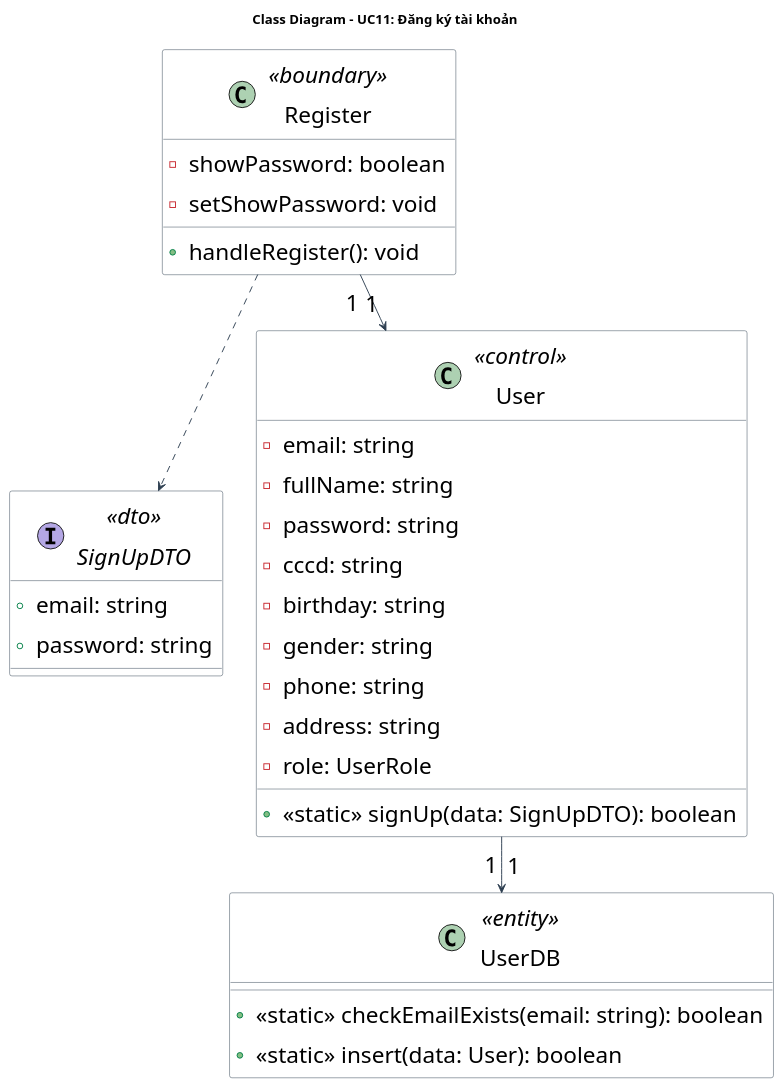
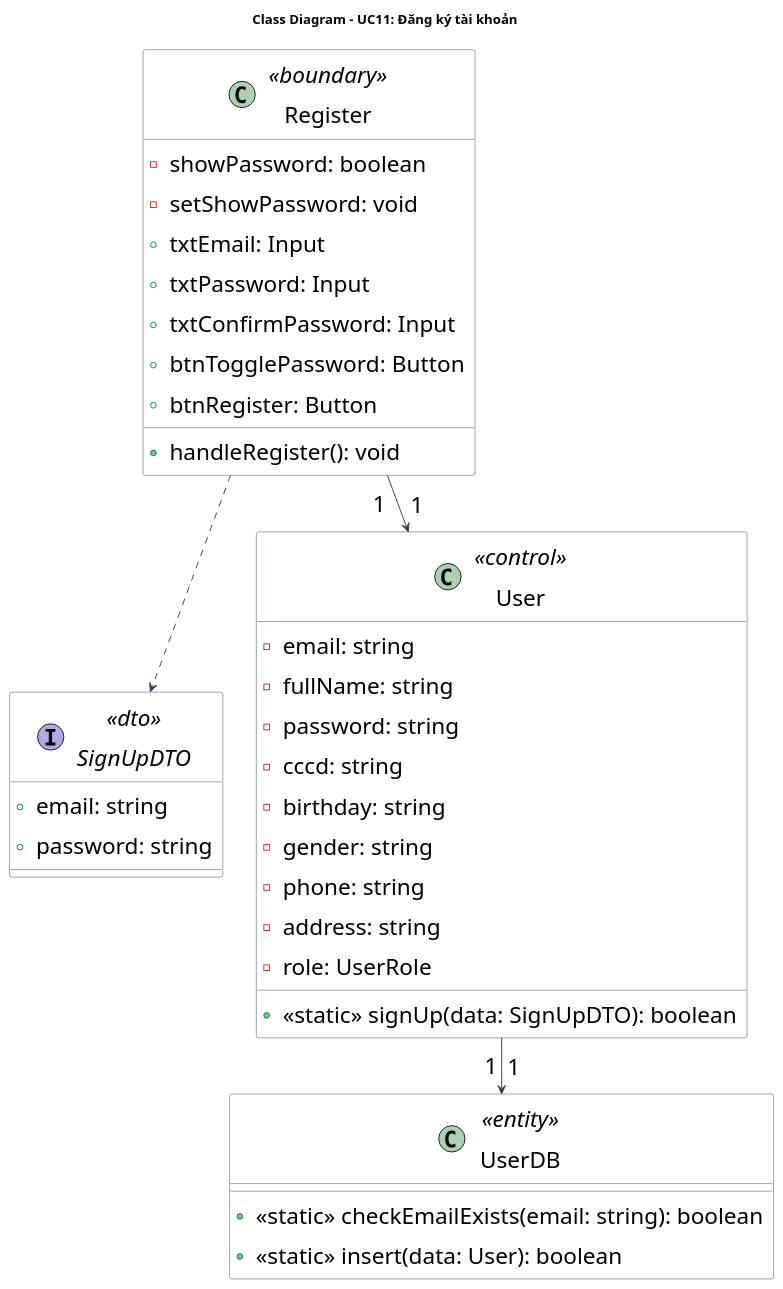
Before and after one commit to Gnourt812005/HCMUS-Analyze-and-desgin-IS: the diagram in doc/system/dang_ky_tai_khoan/DangKyTaiKhoan_ClassDiagram.wsd, drawn with PlantUML. The commit also changed 12 other files, not shown here.

Commit message:
truong/digram: update diagram

```diff
--- a/doc/system/dang_ky_tai_khoan/DangKyTaiKhoan_ClassDiagram.wsd
+++ b/doc/system/dang_ky_tai_khoan/DangKyTaiKhoan_ClassDiagram.wsd
@@ -1,52 +1,57 @@
 @startuml DangKyTaiKhoan_ClassDiagram
 title Class Diagram - UC11: Đăng ký tài khoản
 
 ' --- STYLE CONFIGURATION ---
 skinparam {
     ClassBackgroundColor White
     ClassBorderColor #2D3E50
     ArrowColor #2D3E50
     DefaultFontName "Arial"
     DefaultFontSize 24
     Padding 5
 }
 
 ' --- BOUNDARY LAYER ---
 class "Register" as Register <<boundary>> {
     - showPassword: boolean
     - setShowPassword: void
+    + txtEmail: Input
+    + txtPassword: Input
+    + txtConfirmPassword: Input
+    + btnTogglePassword: Button
+    + btnRegister: Button
     + handleRegister(): void
 }
 
 ' --- DTO LAYER ---
 interface "SignUpDTO" as SignUpDTO <<dto>> {
     + email: string
     + password: string
 }
 
 ' --- BUSINESS LAYER ---
 class "User" as User <<control>> {
     - email: string
     - fullName: string
     - password: string
     - cccd: string
     - birthday: string
     - gender: string
     - phone: string
     - address: string
     - role: UserRole
     + <<static>> signUp(data: SignUpDTO): boolean
 }
 
 ' --- DATABASE LAYER ---
 class "UserDB" as UserDB <<entity>> {
     + <<static>> checkEmailExists(email: string): boolean
     + <<static>> insert(data: User): boolean
 }
 
 ' --- RELATIONSHIPS ---
 Register ..> SignUpDTO
 Register "1" --> "1" User
 User "1" --> "1" UserDB
 
 @enduml
```
